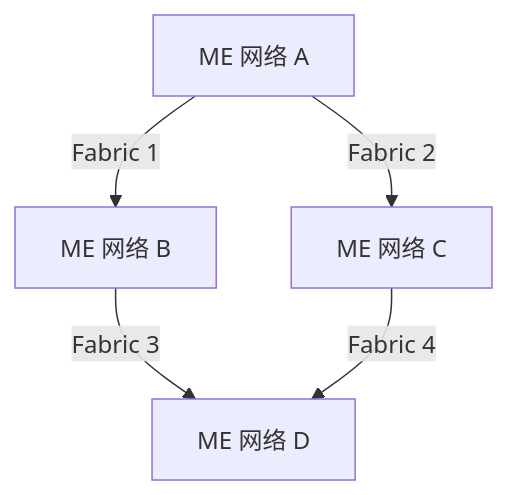
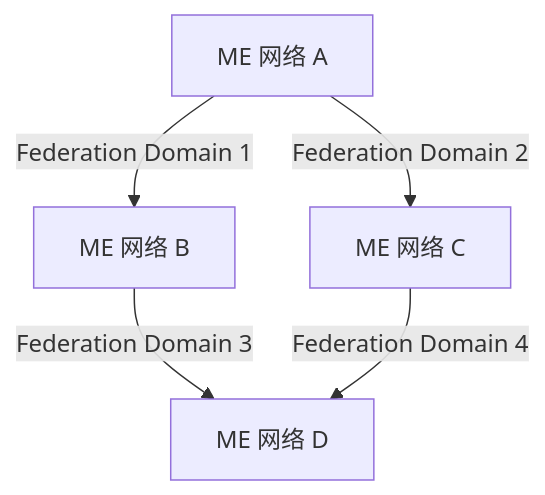
One commit to ControlNet/ae2-federation changed the first of 2 diagrams in DESIGN.md. Above: the diagram before and after it, drawn with Mermaid. The commit also changed other lines of this file and 342 other files, not shown here.

````diff
--- a/DESIGN.md
+++ b/DESIGN.md
@@ -329,7 +341,7 @@
 ```mermaid
 flowchart TD
-    A["ME 网络 A"] -->|"Fabric 1"| B["ME 网络 B"]
-    A -->|"Fabric 2"| C["ME 网络 C"]
-    B -->|"Fabric 3"| D["ME 网络 D"]
-    C -->|"Fabric 4"| D
+    A["ME 网络 A"] -->|"Federation Domain 1"| B["ME 网络 B"]
+    A -->|"Federation Domain 2"| C["ME 网络 C"]
+    B -->|"Federation Domain 3"| D["ME 网络 D"]
+    C -->|"Federation Domain 4"| D
 ```
````
